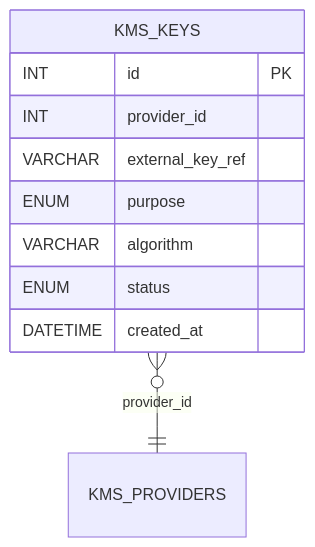
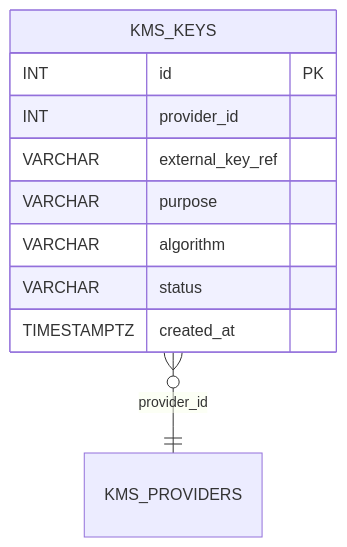
Before and after one commit to blackcatdatabase/table-kms-keys: the diagram in README.md, drawn with Mermaid. The commit also changed other lines of this file and 26 other files, not shown here.

First line of the commit message:
Regen schema (#1)

````diff
--- a/README.md
+++ b/README.md
@@ -53,13 +56,13 @@
 ```mermaid
 erDiagram
   KMS_KEYS {
     INT id PK
     INT provider_id
     VARCHAR external_key_ref
-    ENUM purpose
+    VARCHAR purpose
     VARCHAR algorithm
-    ENUM status
-    DATETIME created_at
+    VARCHAR status
+    TIMESTAMPTZ created_at
   }
   KMS_KEYS }o--|| KMS_PROVIDERS : "provider_id"
 ```
````
